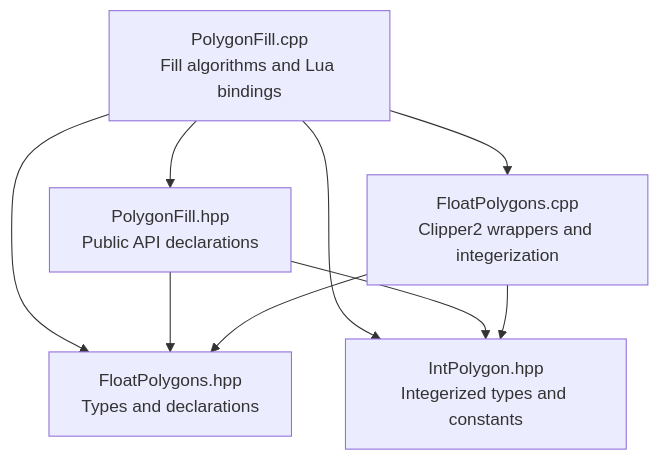
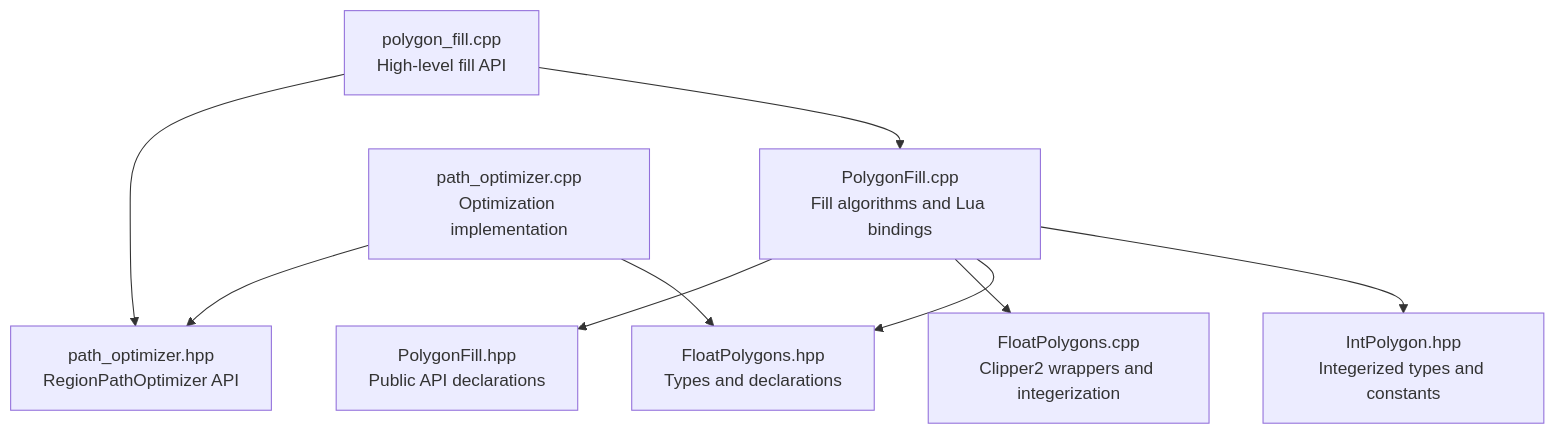
One commit to hsmbanlance/HsBaSlicer changed the first of 9 diagrams in .qoder/repowiki/en/content/2D Geometry Processing/Polygon Fill Algorithms/Polygon Fill Algorithms.md. Above: the diagram before and after it, drawn with Mermaid. The commit also changed other lines of this file and 11 other files, not shown here.

````diff
--- a/.qoder/repowiki/en/content/2D Geometry Processing/Polygon Fill Algorithms/Polygon Fill Algorithms.md
+++ b/.qoder/repowiki/en/content/2D Geometry Processing/Polygon Fill Algorithms/Polygon Fill Algorithms.md
@@ -36,16 +52,19 @@
 ```mermaid
 graph TB
 PF["PolygonFill.cpp<br/>Fill algorithms and Lua bindings"]
 PH["PolygonFill.hpp<br/>Public API declarations"]
 FP_CPP["FloatPolygons.cpp<br/>Clipper2 wrappers and integerization"]
 FP_HPP["FloatPolygons.hpp<br/>Types and declarations"]
 IP["IntPolygon.hpp<br/>Integerized types and constants"]
+PO_H["path_optimizer.hpp<br/>RegionPathOptimizer API"]
+PO_CPP["path_optimizer.cpp<br/>Optimization implementation"]
+PF_API["polygon_fill.cpp<br/>High-level fill API"]
 PF --> PH
 PF --> FP_CPP
 PF --> FP_HPP
 PF --> IP
-PH --> FP_HPP
-PH --> IP
-FP_CPP --> FP_HPP
-FP_CPP --> IP
+PF_API --> PO_H
+PF_API --> PF
+PO_CPP --> PO_H
+PO_CPP --> FP_HPP
 ```
````
